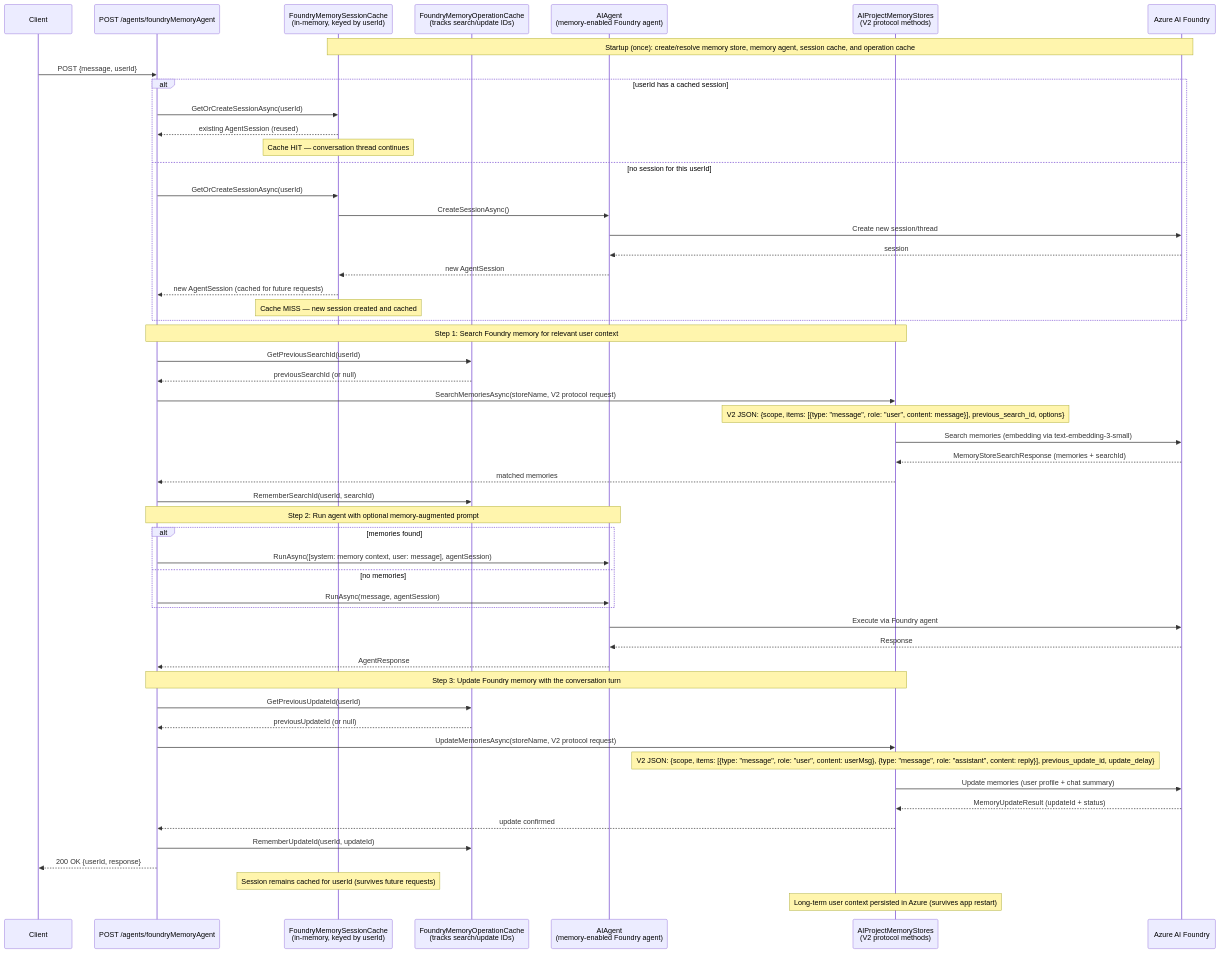
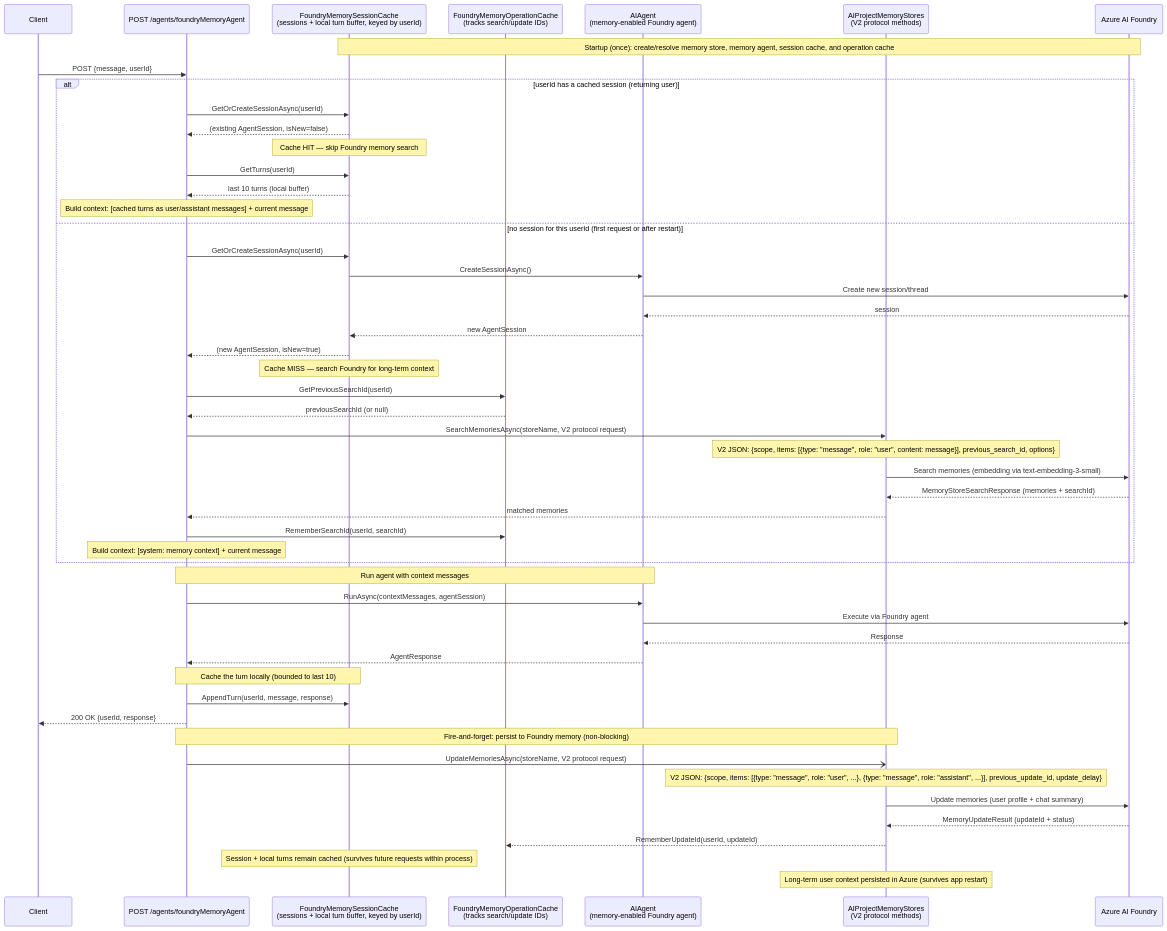
One commit to sunilkrishnatry/agent-hub-dotnet changed the third of 3 diagrams in diagram.md. Above: the diagram before and after it, drawn with Mermaid. The commit also changed other lines of this file and 3 other files, not shown here.

Commit message:
In order to improve response time I have added local cache and fire and forget updates to memory store in foundry cloud portal.

````diff
--- a/diagram.md
+++ b/diagram.md
@@ -112,63 +112,63 @@
 ```mermaid
 sequenceDiagram
     participant Client
     participant Route as POST /agents/foundryMemoryAgent
-    participant Cache as FoundryMemorySessionCache<br/>(in-memory, keyed by userId)
+    participant Cache as FoundryMemorySessionCache<br/>(sessions + local turn buffer, keyed by userId)
     participant OpCache as FoundryMemoryOperationCache<br/>(tracks search/update IDs)
     participant Agent as AIAgent<br/>(memory-enabled Foundry agent)
     participant MemoryAPI as AIProjectMemoryStores<br/>(V2 protocol methods)
     participant Foundry as Azure AI Foundry
 
     Note over Cache,Foundry: Startup (once): create/resolve memory store, memory agent, session cache, and operation cache
 
     Client->>Route: POST {message, userId}
 
-    alt userId has a cached session
+    alt userId has a cached session (returning user)
         Route->>Cache: GetOrCreateSessionAsync(userId)
-        Cache-->>Route: existing AgentSession (reused)
-        Note over Cache: Cache HIT — conversation thread continues
-    else no session for this userId
+        Cache-->>Route: (existing AgentSession, isNew=false)
+        Note over Cache: Cache HIT — skip Foundry memory search
+
+        Route->>Cache: GetTurns(userId)
+        Cache-->>Route: last 10 turns (local buffer)
+        Note over Route: Build context: [cached turns as user/assistant messages] + current message
+    else no session for this userId (first request or after restart)
         Route->>Cache: GetOrCreateSessionAsync(userId)
         Cache->>Agent: CreateSessionAsync()
         Agent->>Foundry: Create new session/thread
         Foundry-->>Agent: session
         Agent-->>Cache: new AgentSession
-        Cache-->>Route: new AgentSession (cached for future requests)
-        Note over Cache: Cache MISS — new session created and cached
+        Cache-->>Route: (new AgentSession, isNew=true)
+        Note over Cache: Cache MISS — search Foundry for long-term context
+
+        Route->>OpCache: GetPreviousSearchId(userId)
+        OpCache-->>Route: previousSearchId (or null)
+        Route->>MemoryAPI: SearchMemoriesAsync(storeName, V2 protocol request)
+        Note over MemoryAPI: V2 JSON: {scope, items: [{type: "message", role: "user", content: message}], previous_search_id, options}
+        MemoryAPI->>Foundry: Search memories (embedding via text-embedding-3-small)
+        Foundry-->>MemoryAPI: MemoryStoreSearchResponse (memories + searchId)
+        MemoryAPI-->>Route: matched memories
+        Route->>OpCache: RememberSearchId(userId, searchId)
+        Note over Route: Build context: [system: memory context] + current message
     end
 
-    Note over Route,MemoryAPI: Step 1: Search Foundry memory for relevant user context
-    Route->>OpCache: GetPreviousSearchId(userId)
-    OpCache-->>Route: previousSearchId (or null)
-    Route->>MemoryAPI: SearchMemoriesAsync(storeName, V2 protocol request)
-    Note over MemoryAPI: V2 JSON: {scope, items: [{type: "message", role: "user", content: message}], previous_search_id, options}
-    MemoryAPI->>Foundry: Search memories (embedding via text-embedding-3-small)
-    Foundry-->>MemoryAPI: MemoryStoreSearchResponse (memories + searchId)
-    MemoryAPI-->>Route: matched memories
-    Route->>OpCache: RememberSearchId(userId, searchId)
-
-    Note over Route,Agent: Step 2: Run agent with optional memory-augmented prompt
-    alt memories found
-        Route->>Agent: RunAsync([system: memory context, user: message], agentSession)
-    else no memories
-        Route->>Agent: RunAsync(message, agentSession)
-    end
+    Note over Route,Agent: Run agent with context messages
+    Route->>Agent: RunAsync(contextMessages, agentSession)
     Agent->>Foundry: Execute via Foundry agent
     Foundry-->>Agent: Response
     Agent-->>Route: AgentResponse
 
-    Note over Route,MemoryAPI: Step 3: Update Foundry memory with the conversation turn
-    Route->>OpCache: GetPreviousUpdateId(userId)
-    OpCache-->>Route: previousUpdateId (or null)
-    Route->>MemoryAPI: UpdateMemoriesAsync(storeName, V2 protocol request)
-    Note over MemoryAPI: V2 JSON: {scope, items: [{type: "message", role: "user", content: userMsg}, {type: "message", role: "assistant", content: reply}], previous_update_id, update_delay}
-    MemoryAPI->>Foundry: Update memories (user profile + chat summary)
-    Foundry-->>MemoryAPI: MemoryUpdateResult (updateId + status)
-    MemoryAPI-->>Route: update confirmed
-    Route->>OpCache: RememberUpdateId(userId, updateId)
+    Note over Route,Cache: Cache the turn locally (bounded to last 10)
+    Route->>Cache: AppendTurn(userId, message, response)
 
     Route-->>Client: 200 OK {userId, response}
 
-    Note over Cache: Session remains cached for userId (survives future requests)
+    Note over Route,MemoryAPI: Fire-and-forget: persist to Foundry memory (non-blocking)
+    Route-)MemoryAPI: UpdateMemoriesAsync(storeName, V2 protocol request)
+    Note over MemoryAPI: V2 JSON: {scope, items: [{type: "message", role: "user", ...}, {type: "message", role: "assistant", ...}], previous_update_id, update_delay}
+    MemoryAPI->>Foundry: Update memories (user profile + chat summary)
+    Foundry-->>MemoryAPI: MemoryUpdateResult (updateId + status)
+    MemoryAPI-->>OpCache: RememberUpdateId(userId, updateId)
+
+    Note over Cache: Session + local turns remain cached (survives future requests within process)
     Note over MemoryAPI: Long-term user context persisted in Azure (survives app restart)
 ```
````
